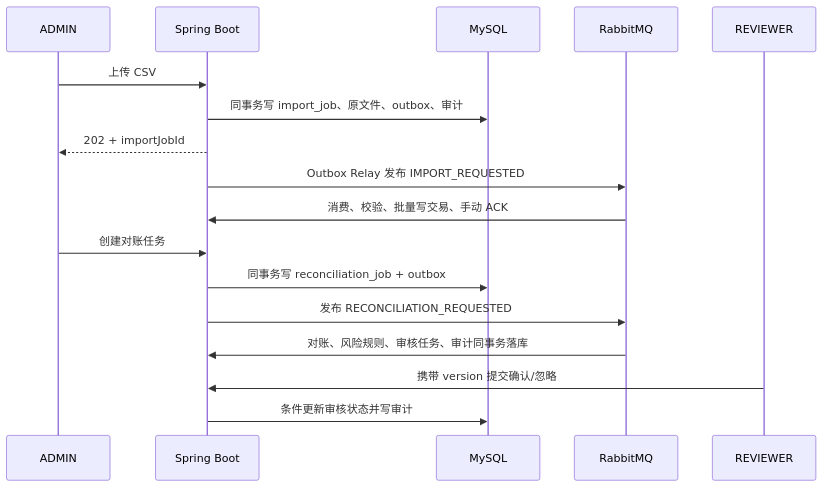
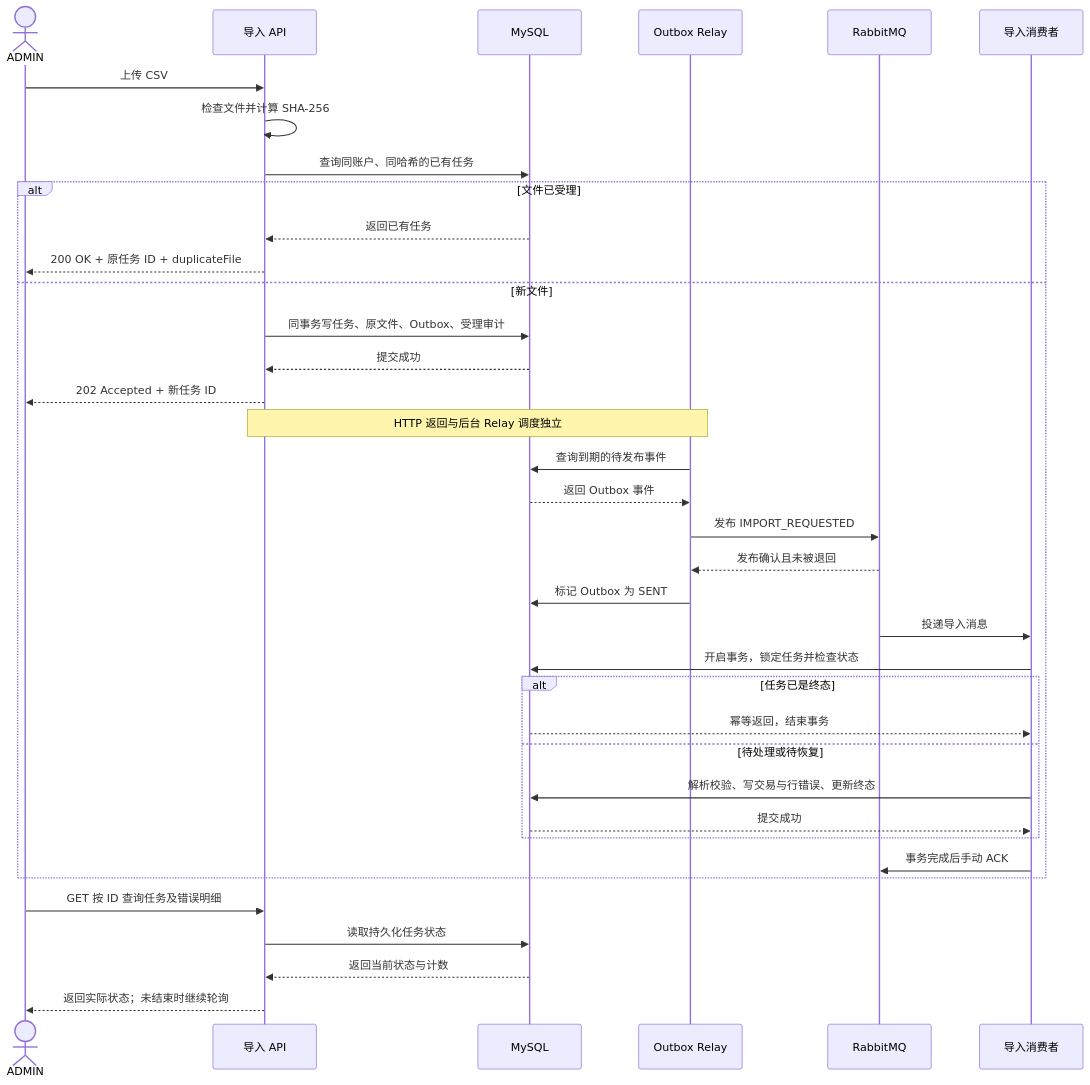
One commit to jkwang1129/finguard-core changed the second of 3 diagrams in docs/ARCHITECTURE.md. Above: the diagram before and after it, drawn with Mermaid. The commit also changed other lines of this file and 100 other files, not shown here.

Commit message:
docs: streamline public project presentation and add workflow diagrams (#3)

````diff
--- a/docs/ARCHITECTURE.md
+++ b/docs/ARCHITECTURE.md
@@ -25,20 +29,40 @@
 ```mermaid
 sequenceDiagram
-    participant A as ADMIN
-    participant API as Spring Boot
+    actor A as ADMIN
+    participant API as 导入 API
     participant DB as MySQL
+    participant Relay as Outbox Relay
     participant MQ as RabbitMQ
-    participant R as REVIEWER
+    participant Consumer as 导入消费者
 
     A->>API: 上传 CSV
-    API->>DB: 同事务写 import_job、原文件、outbox、审计
-    API-->>A: 202 + importJobId
-    API->>MQ: Outbox Relay 发布 IMPORT_REQUESTED
-    MQ->>API: 消费、校验、批量写交易、手动 ACK
-    A->>API: 创建对账任务
-    API->>DB: 同事务写 reconciliation_job + outbox
-    API->>MQ: 发布 RECONCILIATION_REQUESTED
-    MQ->>API: 对账、风险规则、审核任务、审计同事务落库
-    R->>API: 携带 version 提交确认/忽略
-    API->>DB: 条件更新审核状态并写审计
+    API->>API: 检查文件并计算 SHA-256
+    API->>DB: 查询同账户、同哈希的已有任务
+    alt 文件已受理
+        DB-->>API: 返回已有任务
+        API-->>A: 200 OK + 原任务 ID + duplicateFile
+    else 新文件
+        API->>DB: 同事务写任务、原文件、Outbox、受理审计
+        DB-->>API: 提交成功
+        API-->>A: 202 Accepted + 新任务 ID
+        Note over API,Relay: HTTP 返回与后台 Relay 调度独立
+        Relay->>DB: 查询到期的待发布事件
+        DB-->>Relay: 返回 Outbox 事件
+        Relay->>MQ: 发布 IMPORT_REQUESTED
+        MQ-->>Relay: 发布确认且未被退回
+        Relay->>DB: 标记 Outbox 为 SENT
+        MQ->>Consumer: 投递导入消息
+        Consumer->>DB: 开启事务，锁定任务并检查状态
+        alt 任务已是终态
+            DB-->>Consumer: 幂等返回，结束事务
+        else 待处理或待恢复
+            Consumer->>DB: 解析校验、写交易与行错误、更新终态
+            DB-->>Consumer: 提交成功
+        end
+        Consumer->>MQ: 事务完成后手动 ACK
+    end
+    A->>API: GET 按 ID 查询任务及错误明细
+    API->>DB: 读取持久化任务状态
+    DB-->>API: 返回当前状态与计数
+    API-->>A: 返回实际状态；未结束时继续轮询
 ```
````
